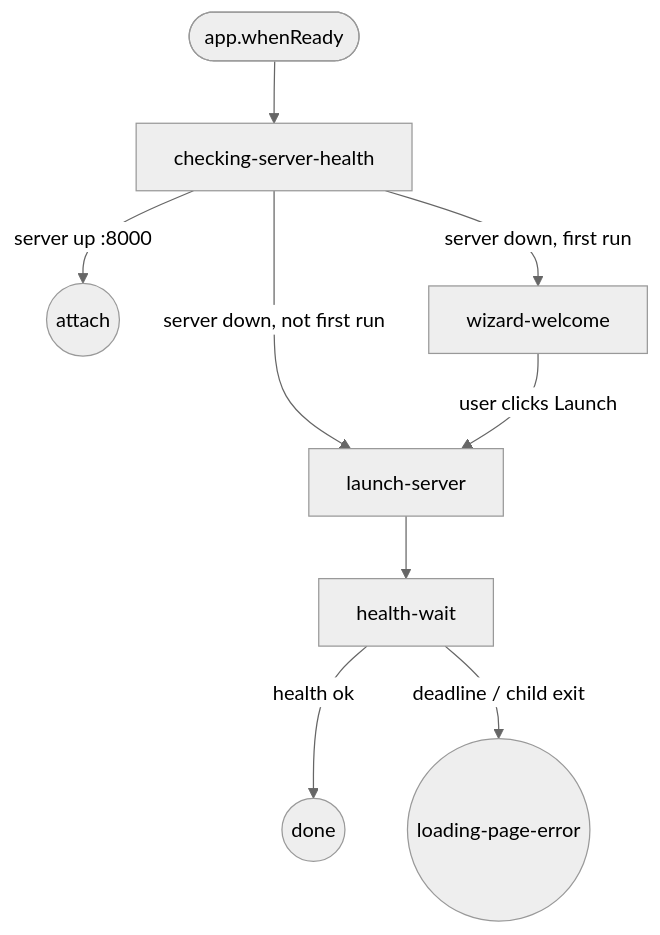
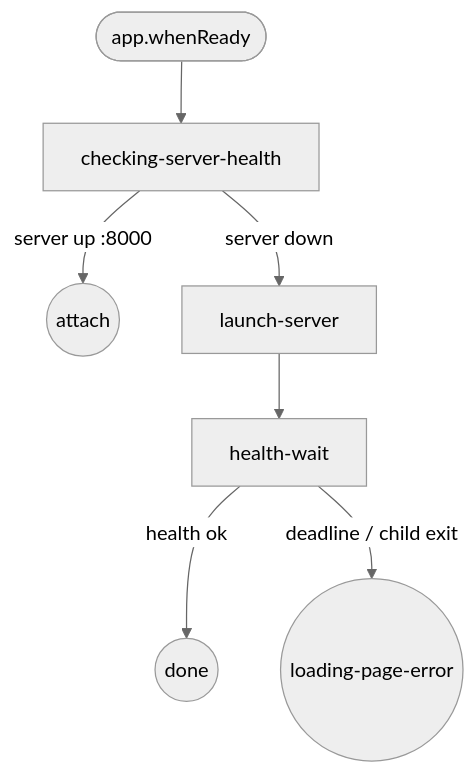
One commit to BlackBeltTechnology/pi-agent-dashboard changed the diagram in docs/electron-bootstrap-flow.md. Above: the diagram before and after it, drawn with Mermaid (neutral theme). The commit also changed other lines of this file and 25 other files, not shown here.

````diff
--- a/docs/electron-bootstrap-flow.md
+++ b/docs/electron-bootstrap-flow.md
@@ -9,11 +9,9 @@
 ```mermaid
 flowchart TD
     Start([app.whenReady]) --> Check[checking-server-health]
     Check -->|server up :8000| Attach((attach))
-    Check -->|server down, first run| Welcome[wizard-welcome]
-    Check -->|server down, not first run| Spawn[launch-server]
-    Welcome -->|user clicks Launch| Spawn
+    Check -->|server down| Spawn[launch-server]
     Spawn --> Wait[health-wait]
     Wait -->|health ok| Done((done))
     Wait -->|deadline / child exit| Err((loading-page-error))
 ```
````
